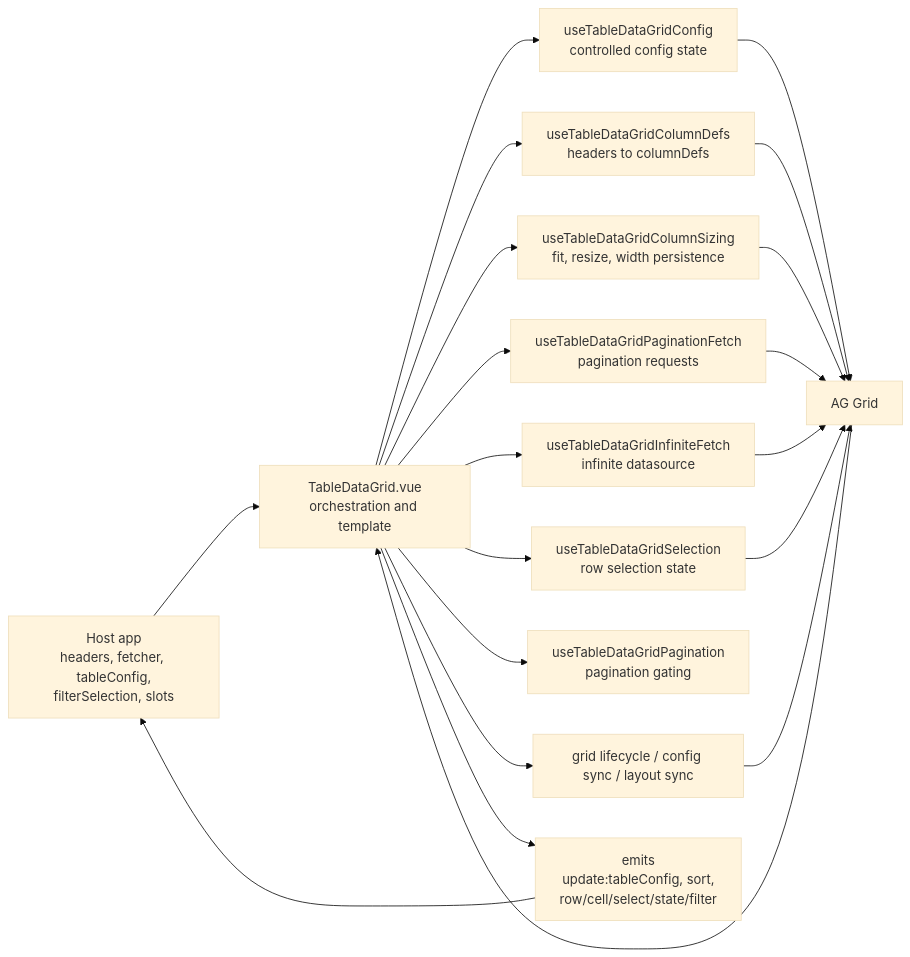
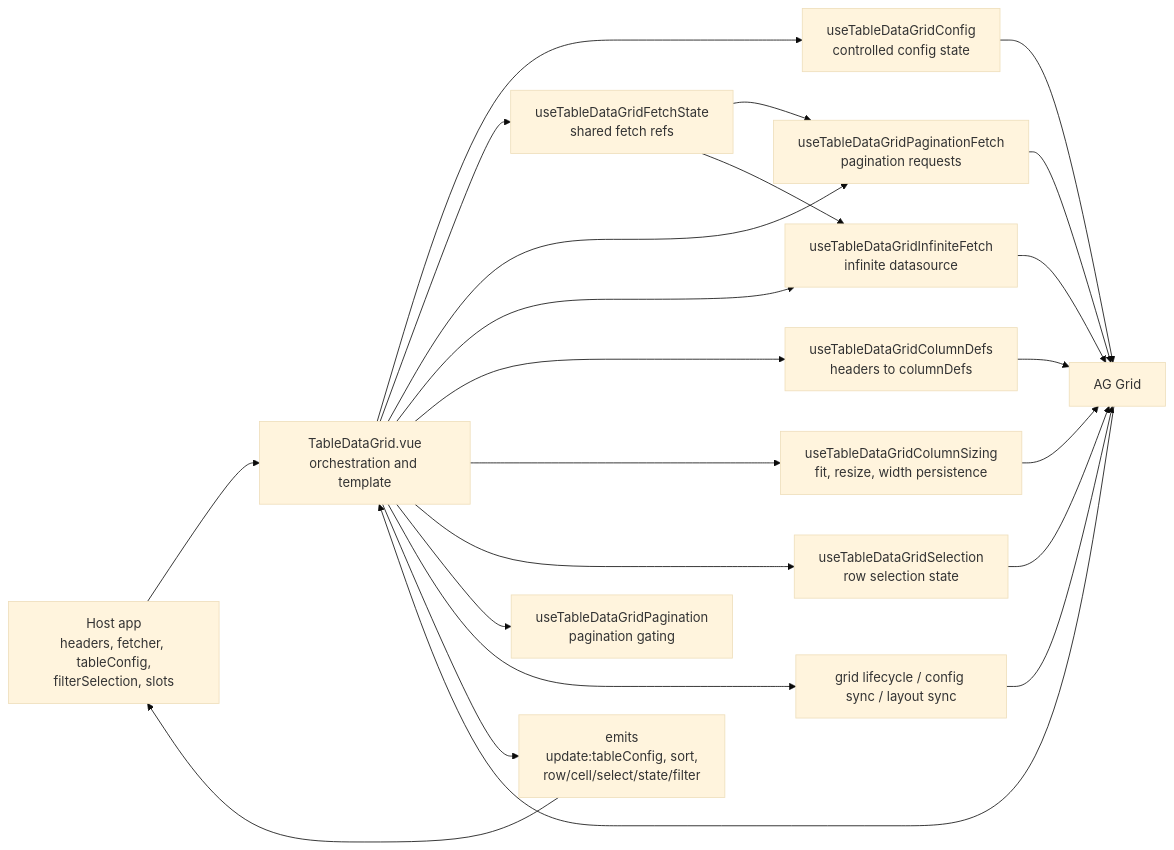
Before and after one commit to Kong/public-ui-components: the first of 5 diagrams in packages/core/table-data-grid/docs/architecture.md, drawn with Mermaid (base theme). The commit also changed other lines of this file and 9 other files, not shown here.

Commit message:
refactor(table-data-grid): clarify fetch state ownership

````diff
--- a/packages/core/table-data-grid/docs/architecture.md
+++ b/packages/core/table-data-grid/docs/architecture.md
@@ -11,35 +11,39 @@
 ```mermaid
 flowchart LR
   Host["Host app<br/>headers, fetcher, tableConfig,<br/>filterSelection, slots"]
   Component["TableDataGrid.vue<br/>orchestration and template"]
   Config["useTableDataGridConfig<br/>controlled config state"]
+  FetchState["useTableDataGridFetchState<br/>shared fetch refs"]
   PaginationFetch["useTableDataGridPaginationFetch<br/>pagination requests"]
   InfiniteFetch["useTableDataGridInfiniteFetch<br/>infinite datasource"]
   Columns["useTableDataGridColumnDefs<br/>headers to columnDefs"]
   Sizing["useTableDataGridColumnSizing<br/>fit, resize, width persistence"]
   Selection["useTableDataGridSelection<br/>row selection state"]
   Pagination["useTableDataGridPagination<br/>pagination gating"]
   Lifecycle["grid lifecycle / config sync / layout sync"]
   Grid["AG Grid"]
   Events["emits<br/>update:tableConfig, sort,<br/>row/cell/select/state/filter"]
 
   Host --> Component
   Component --> Config
+  Component --> FetchState
   Component --> PaginationFetch
   Component --> InfiniteFetch
   Component --> Columns
   Component --> Sizing
   Component --> Selection
   Component --> Pagination
   Component --> Lifecycle
+  FetchState --> PaginationFetch
+  FetchState --> InfiniteFetch
   Config --> Grid
   Columns --> Grid
   Sizing --> Grid
   PaginationFetch --> Grid
   InfiniteFetch --> Grid
   Selection --> Grid
   Lifecycle --> Grid
   Grid --> Component
   Component --> Events
   Events --> Host
 ```
````
